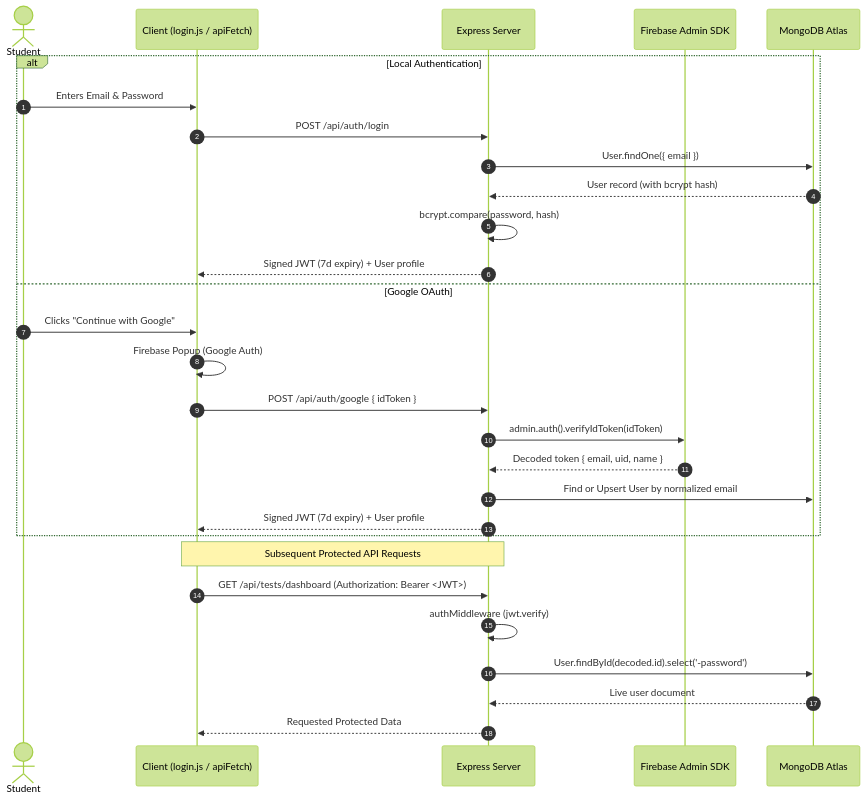
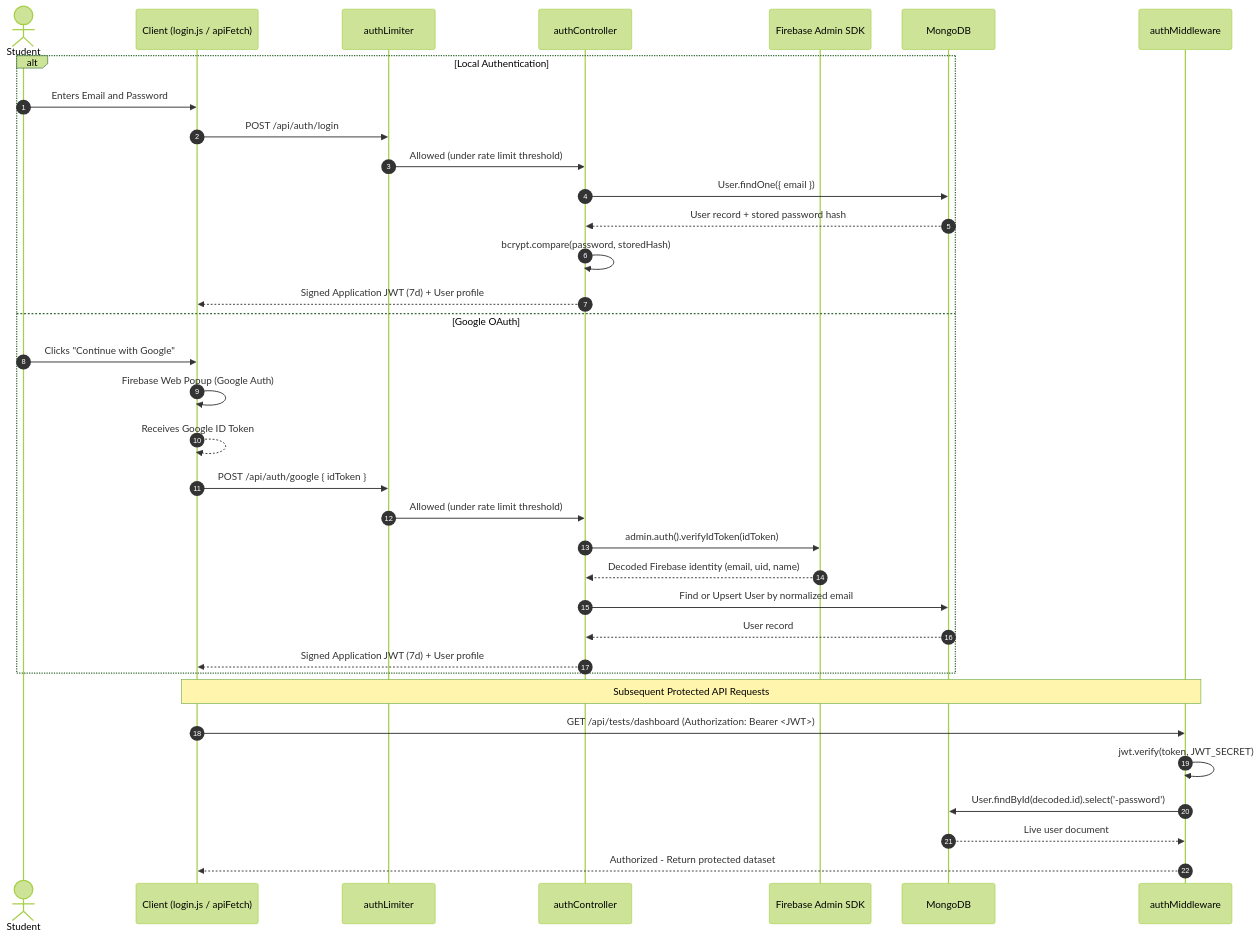
Before and after one commit to anirudh-02709/NexPrep-LMS: the second of 2 diagrams in README.md, drawn with Mermaid (forest theme). The commit also changed other lines of this file, not shown here.

Commit message:
docs: improve architecture and project documentation

````diff
--- a/README.md
+++ b/README.md
@@ -108,33 +108,39 @@
 ```mermaid
 sequenceDiagram
     autonumber
     actor User as Student
     participant Browser as Client (login.js / apiFetch)
-    participant Server as Express Server
+    participant RateLimiter as authLimiter
+    participant AuthCtrl as authController
     participant Firebase as Firebase Admin SDK
-    participant DB as MongoDB Atlas
+    participant DB as MongoDB
+    participant Protect as authMiddleware
 
     alt Local Authentication
-        User->>Browser: Enters Email & Password
-        Browser->>Server: POST /api/auth/login
-        Server->>DB: User.findOne({ email })
-        DB-->>Server: User record (with bcrypt hash)
-        Server->>Server: bcrypt.compare(password, hash)
-        Server-->>Browser: Signed JWT (7d expiry) + User profile
+        User->>Browser: Enters Email and Password
+        Browser->>RateLimiter: POST /api/auth/login
+        RateLimiter->>AuthCtrl: Allowed (under rate limit threshold)
+        AuthCtrl->>DB: User.findOne({ email })
+        DB-->>AuthCtrl: User record + stored password hash
+        AuthCtrl->>AuthCtrl: bcrypt.compare(password, storedHash)
+        AuthCtrl-->>Browser: Signed Application JWT (7d) + User profile
     else Google OAuth
         User->>Browser: Clicks "Continue with Google"
-        Browser->>Browser: Firebase Popup (Google Auth)
-        Browser->>Server: POST /api/auth/google { idToken }
-        Server->>Firebase: admin.auth().verifyIdToken(idToken)
-        Firebase-->>Server: Decoded token { email, uid, name }
-        Server->>DB: Find or Upsert User by normalized email
-        Server-->>Browser: Signed JWT (7d expiry) + User profile
+        Browser->>Browser: Firebase Web Popup (Google Auth)
+        Browser-->>Browser: Receives Google ID Token
+        Browser->>RateLimiter: POST /api/auth/google { idToken }
+        RateLimiter->>AuthCtrl: Allowed (under rate limit threshold)
+        AuthCtrl->>Firebase: admin.auth().verifyIdToken(idToken)
+        Firebase-->>AuthCtrl: Decoded Firebase identity (email, uid, name)
+        AuthCtrl->>DB: Find or Upsert User by normalized email
+        DB-->>AuthCtrl: User record
+        AuthCtrl-->>Browser: Signed Application JWT (7d) + User profile
     end
 
-    Note over Browser,Server: Subsequent Protected API Requests
-    Browser->>Server: GET /api/tests/dashboard (Authorization: Bearer <JWT>)
-    Server->>Server: authMiddleware (jwt.verify)
-    Server->>DB: User.findById(decoded.id).select('-password')
-    DB-->>Server: Live user document
-    Server-->>Browser: Requested Protected Data
+    Note over Browser,Protect: Subsequent Protected API Requests
+    Browser->>Protect: GET /api/tests/dashboard (Authorization: Bearer <JWT>)
+    Protect->>Protect: jwt.verify(token, JWT_SECRET)
+    Protect->>DB: User.findById(decoded.id).select('-password')
+    DB-->>Protect: Live user document
+    Protect-->>Browser: Authorized - Return protected dataset
 ```
````
